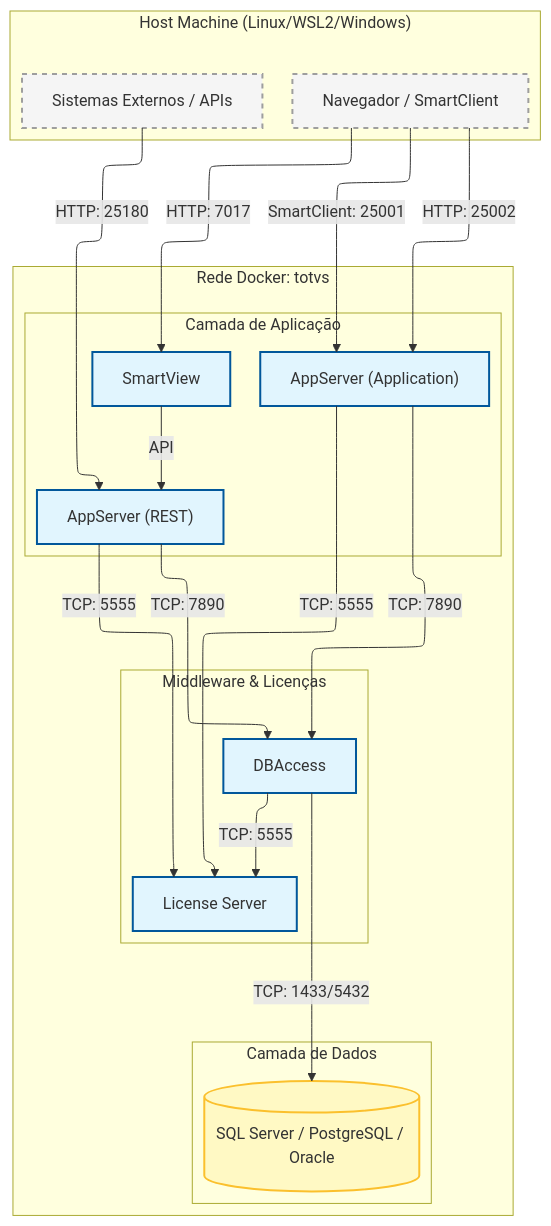
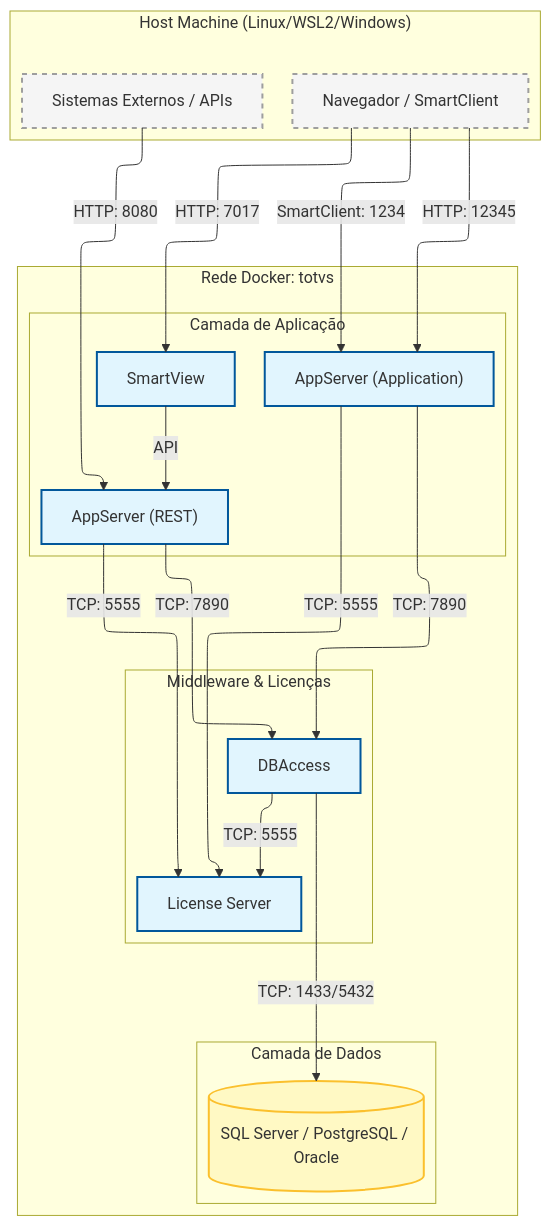
Before and after one commit to juliansantosinfo/TOTVS-Protheus-in-Docker: the diagram in README.md, drawn with Mermaid. The commit also changed other lines of this file and 11 other files, not shown here.

````diff
--- a/README.md
+++ b/README.md
@@ -48,51 +48,51 @@
 ```mermaid
 ---
 config:
   layout: elk
 ---
 flowchart TB
  subgraph Host["Host Machine (Linux/WSL2/Windows)"]
         Browser["Navegador / SmartClient"]
         ExternalAPI["Sistemas Externos / APIs"]
   end
  subgraph Databases["Camada de Dados"]
         DB[("SQL Server / PostgreSQL / Oracle")]
   end
  subgraph Middleware["Middleware & Licenças"]
         DBA["DBAccess"]
         LIC["License Server"]
   end
  subgraph Application["Camada de Aplicação"]
         APP["AppServer (Application)"]
         REST["AppServer (REST)"]
         SmartView["SmartView"]
   end
  subgraph DockerNetwork["Rede Docker: totvs"]
         Databases
         Middleware
         Application
   end
-    Browser -- HTTP: 25002 --> APP
-    Browser -- SmartClient: 25001 --> APP
+    Browser -- HTTP: 12345 --> APP
+    Browser -- SmartClient: 1234 --> APP
     Browser -- HTTP: 7017 --> SmartView
-    ExternalAPI -- HTTP: 25180 --> REST
+    ExternalAPI -- HTTP: 8080 --> REST
     APP -- TCP: 7890 --> DBA
     REST -- TCP: 7890 --> DBA
     SmartView -- API --> REST
     APP -- TCP: 5555 --> LIC
     REST -- TCP: 5555 --> LIC
     DBA -- TCP: 5555 --> LIC
     DBA -- TCP: 1433/5432 --> DB
 
      Browser:::host
      ExternalAPI:::host
      DB:::db
      DBA:::container
      LIC:::container
      APP:::container
      REST:::container
      SmartView:::container
     classDef container fill:#e1f5fe,stroke:#01579b,stroke-width:2px
     classDef db fill:#fff9c4,stroke:#fbc02d,stroke-width:2px
     classDef host fill:#f5f5f5,stroke:#9e9e9e,stroke-width:2px,stroke-dasharray: 5 5
 ```
````
